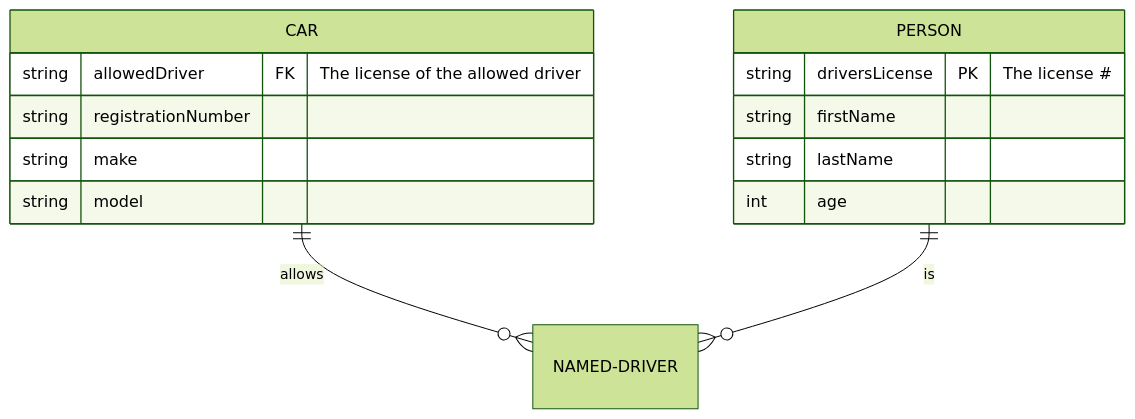
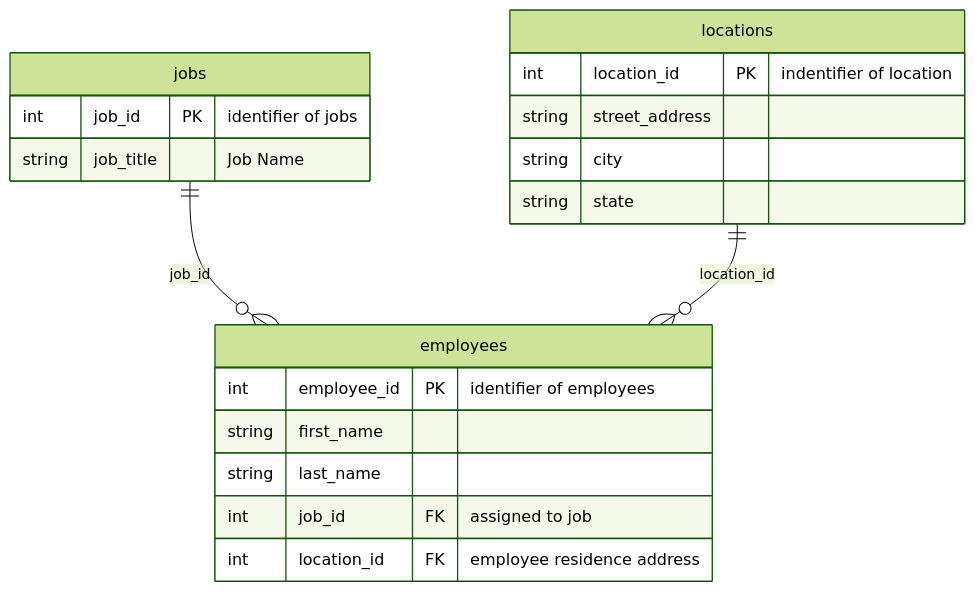
The diagram in _drafts/postgresql/04b-join-tables.markdown (DevOpsWithDimas/old.devopswithdimas.github.io), drawn with Mermaid (forest theme) before and after one commit. The commit also changed other lines of this file, not shown here.

```diff
--- a/_drafts/postgresql/04b-join-tables.markdown
+++ b/_drafts/postgresql/04b-join-tables.markdown
@@ -34,17 +35,23 @@
 {% mermaid %}
 erDiagram
-    CAR ||--o{ NAMED-DRIVER : allows
-    CAR {
-        string allowedDriver FK "The license of the allowed driver"
-        string registrationNumber
-        string make
-        string model
+    jobs ||--o{ employees : job_id
+    jobs {
+        int     job_id          PK  "identifier of jobs"
+        string  job_title           "Job Name"
     }
-    PERSON ||--o{ NAMED-DRIVER : is
-    PERSON {
-        string driversLicense PK "The license #"
-        string firstName
-        string lastName
-        int age
+    locations ||--o{ employees : location_id
+    locations {
+        int     location_id     PK  "indentifier of location"
+        string  street_address  
+        string  city
+        string  state
+    }
+    employees
+    employees {
+        int         employee_id     PK "identifier of employees"
+        string      first_name
+        string      last_name
+        int         job_id          FK "assigned to job"
+        int         location_id     FK "employee residence address"
     }
 {% endmermaid %}
```
